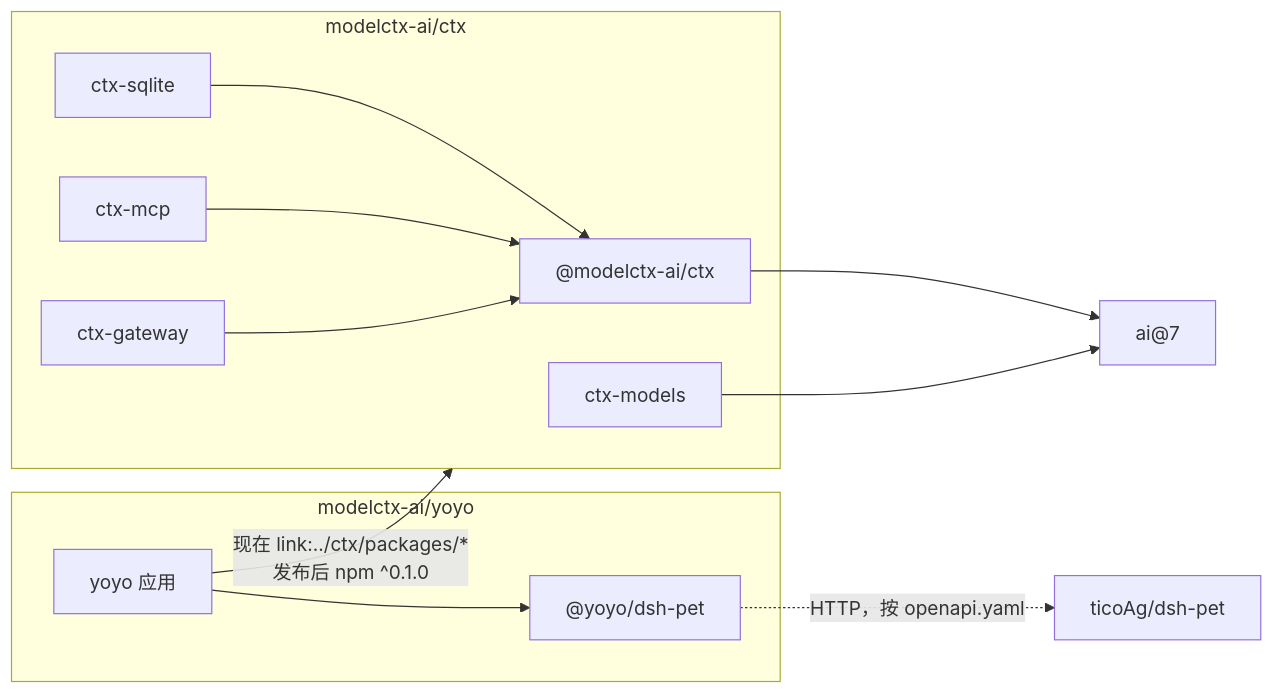
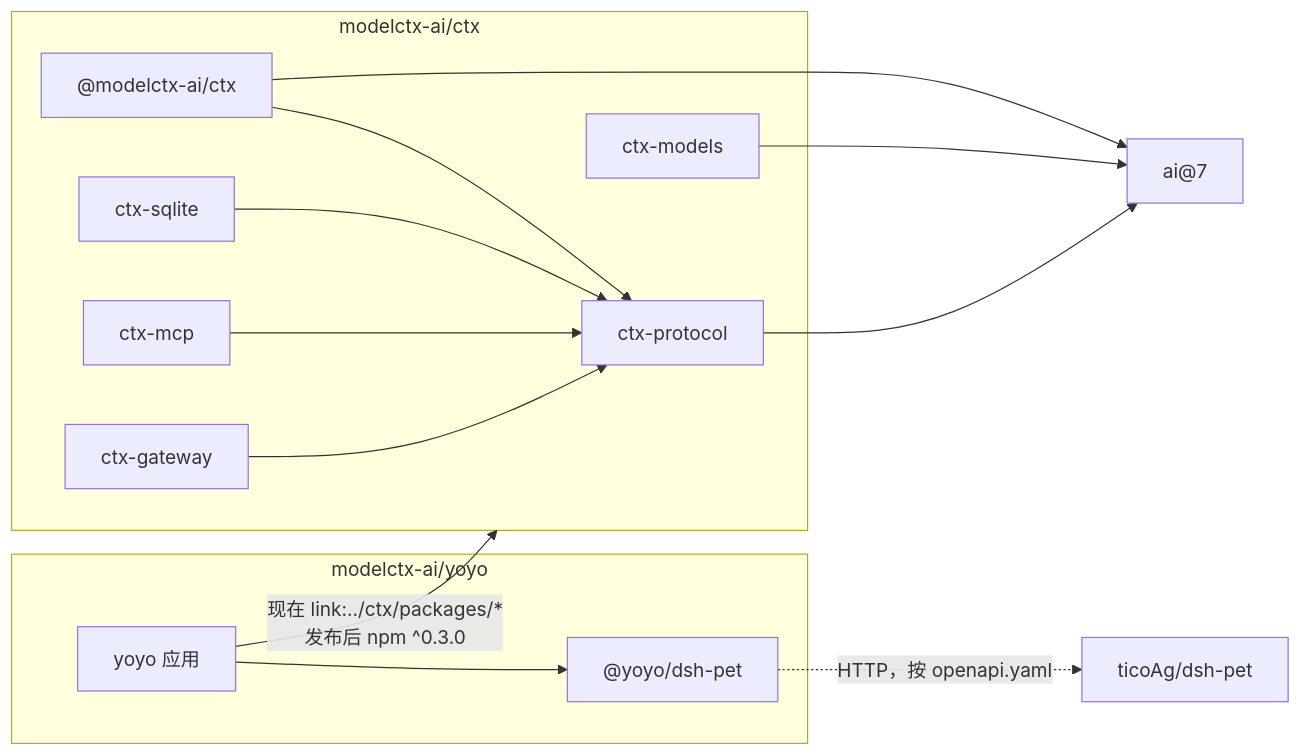
The first of 2 diagrams in docs/repos.md (modelctx-ai/ctx), drawn with Mermaid before and after one commit. The commit also changed other lines of this file and 1 other file, not shown here.

First line of the commit message:
docs(repos): 实践一篇跟上 ctx 0.3 和 yoyo#11

````diff
--- a/docs/repos.md
+++ b/docs/repos.md
@@ -46,17 +47,19 @@
 ```mermaid
 flowchart LR
   subgraph ctxrepo["modelctx-ai/ctx"]
-    core["@modelctx-ai/ctx"]
-    sqlite["ctx-sqlite"] --> core
-    mcp["ctx-mcp"] --> core
-    gateway["ctx-gateway"] --> core
+    protocol["ctx-protocol"]
+    core["@modelctx-ai/ctx"] --> protocol
+    sqlite["ctx-sqlite"] --> protocol
+    mcp["ctx-mcp"] --> protocol
+    gateway["ctx-gateway"] --> protocol
     models["ctx-models"]
   end
   subgraph yoyorepo["modelctx-ai/yoyo"]
     app["yoyo 应用"] --> client["@yoyo/dsh-pet"]
   end
-  app -- "现在 link:../ctx/packages/*<br/>发布后 npm ^0.1.0" --> ctxrepo
-  core --> ai["ai@7"]
+  app -- "现在 link:../ctx/packages/*<br/>发布后 npm ^0.3.0" --> ctxrepo
+  protocol --> ai["ai@7"]
+  core --> ai
   models --> ai
   client -. "HTTP，按 openapi.yaml" .-> pet["ticoAg/dsh-pet"]
 ```
````
